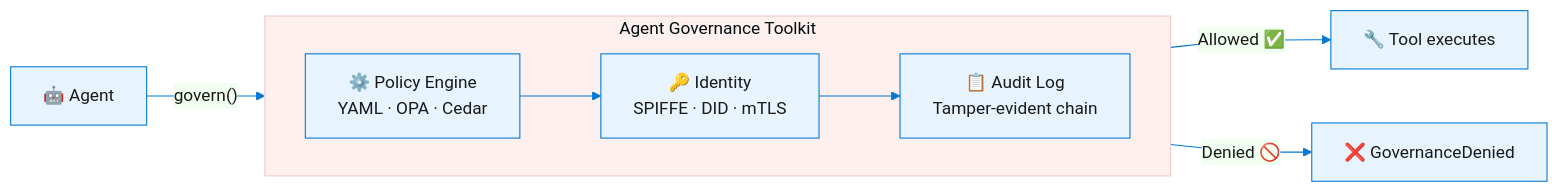
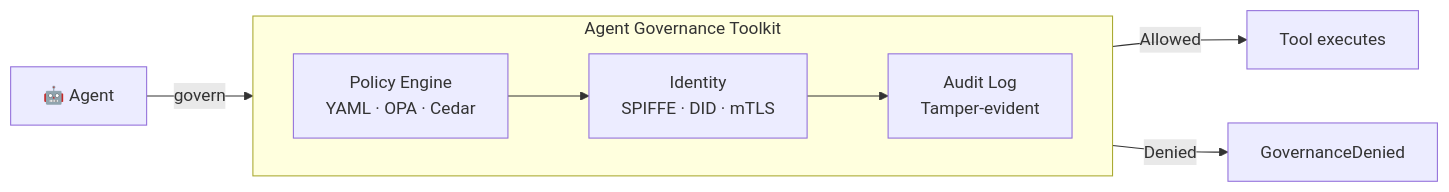
Before and after one commit to electricwolfemarshmallowhypertext/ms-agt: the diagram in docs/index.md, drawn with Mermaid. The commit also changed other lines of this file and 5 other files, not shown here.

First line of the commit message:
fix: mermaid diagram rendering on docs homepage (#2528)

````diff
--- a/docs/index.md
+++ b/docs/index.md
@@ -96,16 +94,13 @@
-```mermaid
-%%{init: {'theme': 'base', 'themeVariables': {'fontSize': '16px', 'primaryColor': '#E8F4FD', 'primaryTextColor': '#1a1a1a', 'primaryBorderColor': '#0078D4', 'lineColor': '#0078D4', 'secondaryColor': '#F0FFF0', 'tertiaryColor': '#FFF0F0'}}}%%
+``` mermaid
 flowchart LR
-    A["🤖 Agent"] -->|"govern()"| PE
-
-    subgraph GK ["&nbsp;&nbsp; Agent Governance Toolkit &nbsp;&nbsp;"]
+    A["🤖 Agent"] -->|govern| PE
+    subgraph GK [" Agent Governance Toolkit "]
         direction LR
-        PE["⚙️ Policy Engine<br/>YAML · OPA · Cedar"]
-        ID["🔑 Identity<br/>SPIFFE · DID · mTLS"]
-        AL["📋 Audit Log<br/>Tamper-evident chain"]
+        PE["Policy Engine<br>YAML · OPA · Cedar"]
+        ID["Identity<br>SPIFFE · DID · mTLS"]
+        AL["Audit Log<br>Tamper-evident"]
         PE --> ID --> AL
     end
-
-    AL -->|"Allowed ✅"| T["🔧 Tool executes"]
-    PE -->|"Denied 🚫"| D["❌ GovernanceDenied"]
+    AL -->|Allowed| T["Tool executes"]
+    PE -->|Denied| D["GovernanceDenied"]
 ```
````
